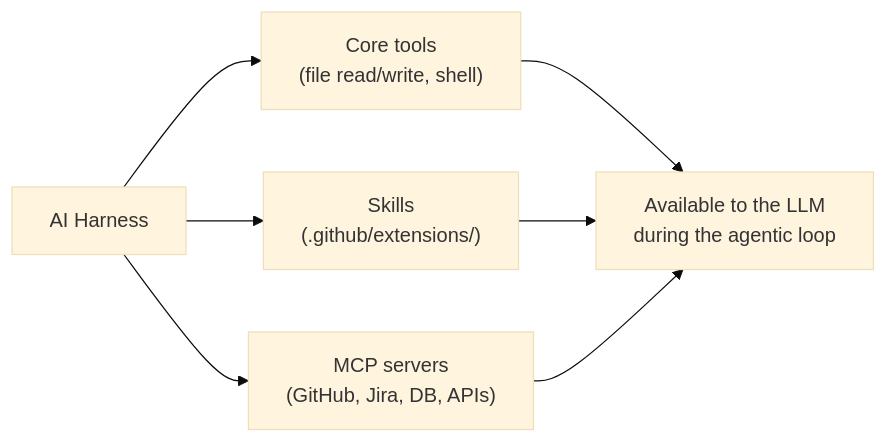
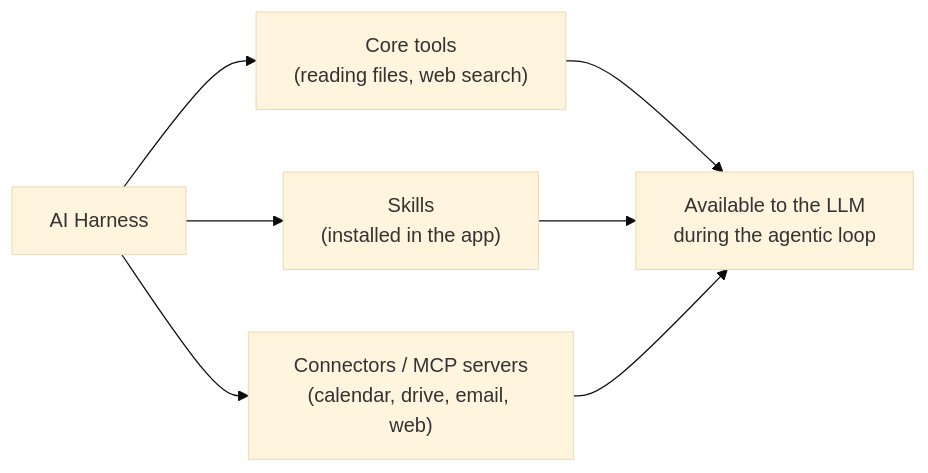
Before and after one commit to khadiwaa/ai-education: the sixth of 6 diagrams in docs/docs/phase-1/how-ai-works.mdx, drawn with Mermaid (base theme). The commit also changed other lines of this file and 64 other files, not shown here.

````diff
--- a/docs/docs/phase-1/how-ai-works.mdx
+++ b/docs/docs/phase-1/how-ai-works.mdx
@@ -306,7 +302,7 @@
 ```mermaid
 flowchart LR
-    HARNESS["AI Harness"] --> CORE["Core tools\n(file read/write, shell)"]
-    HARNESS --> SKILLS["Skills\n(.github/extensions/)"]
-    HARNESS --> MCP["MCP servers\n(GitHub, Jira, DB, APIs)"]
+    HARNESS["AI Harness"] --> CORE["Core tools\n(reading files, web search)"]
+    HARNESS --> SKILLS["Skills\n(installed in the app)"]
+    HARNESS --> MCP["Connectors / MCP servers\n(calendar, drive, email, web)"]
     CORE & SKILLS & MCP --> LLM["Available to the LLM\nduring the agentic loop"]
 ```
````
